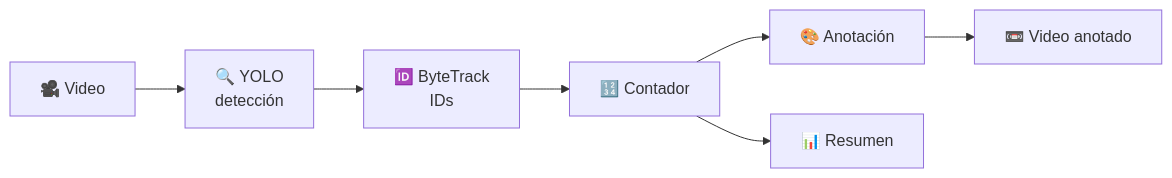
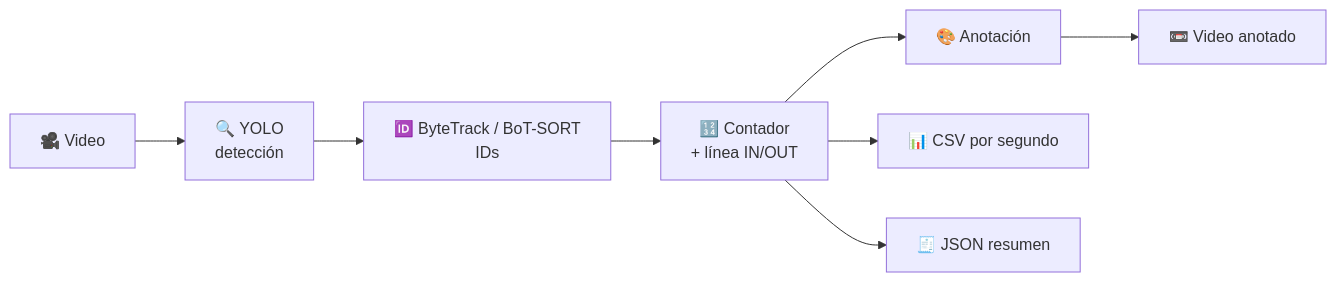
The diagram in README.md (anderson-sarmiento-briceno/Lector-Personas), drawn with Mermaid before and after one commit. The commit also changed other lines of this file and 14 other files, not shown here.

First line of the commit message:
Fase 2: conteo de entradas/salidas por línea, CSV/JSON y herramientas de ajuste

````diff
--- a/README.md
+++ b/README.md
@@ -36,9 +37,10 @@
 ```mermaid
 flowchart LR
     A[🎥 Video] --> B[🔍 YOLO<br/>detección]
-    B --> C[🆔 ByteTrack<br/>IDs]
-    C --> D[🔢 Contador]
+    B --> C[🆔 ByteTrack / BoT-SORT<br/>IDs]
+    C --> D[🔢 Contador<br/>+ línea IN/OUT]
     D --> E[🎨 Anotación]
     E --> F[📼 Video anotado]
-    D --> G[📊 Resumen]
+    D --> G[📊 CSV por segundo]
+    D --> H[🧾 JSON resumen]
 ```
````
